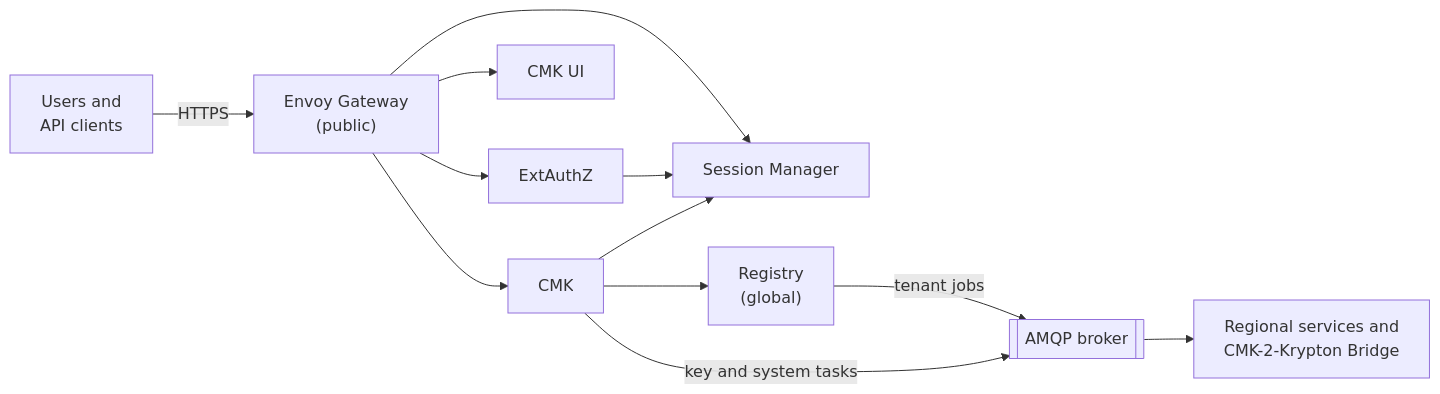
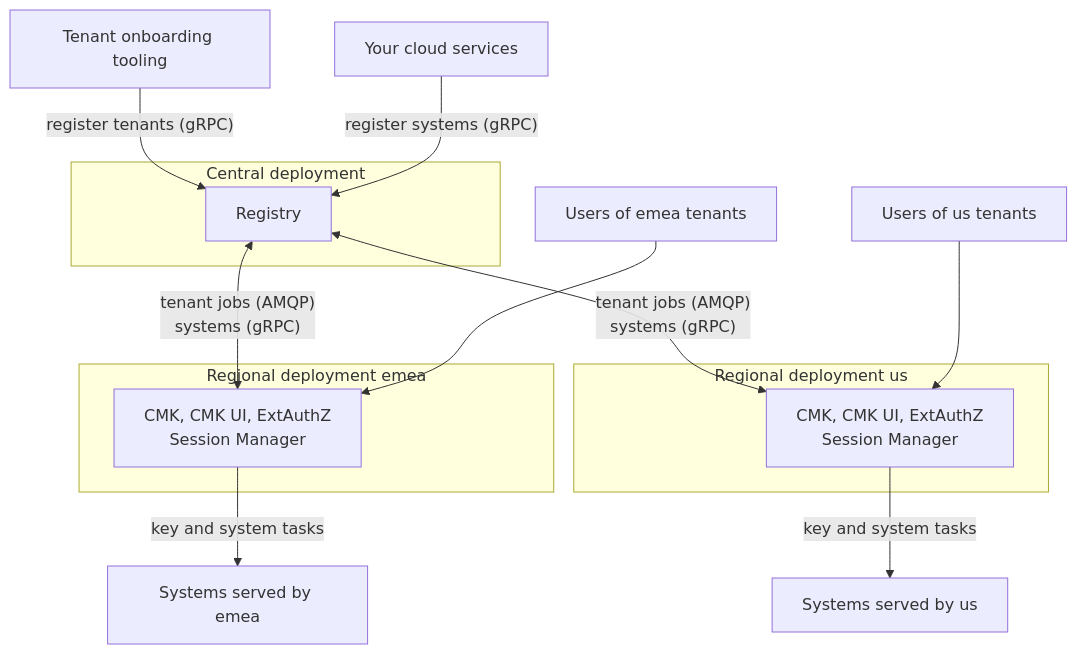
Before and after one commit to openkcm/openkcm.github.io: the diagram in docs/components/cmk/deployment.md, drawn with Mermaid. The commit also changed other lines of this file and 29 other files, not shown here.

````diff
--- a/docs/components/cmk/deployment.md
+++ b/docs/components/cmk/deployment.md
@@ -10,14 +24,20 @@
 ```mermaid
-flowchart LR
-    U["Users and<br/>API clients"] -- "HTTPS" --> GW["Envoy Gateway<br/>(public)"]
-    GW --> X["ExtAuthZ"]
-    GW --> UI["CMK UI"]
-    GW --> SM["Session Manager"]
-    GW --> CMK["CMK"]
-    X --> SM
-    CMK --> SM
-    CMK --> R["Registry<br/>(global)"]
-    R -- "tenant jobs" --> MQ[["AMQP broker"]]
-    CMK -- "key and system tasks" --> MQ
-    MQ --> RS["Regional services and<br/>CMK-2-Krypton Bridge"]
+flowchart TB
+    OT["Tenant onboarding tooling"] -- "register tenants (gRPC)" --> R
+    SVC["Your cloud services"] -- "register systems (gRPC)" --> R
+    subgraph Central["Central deployment"]
+        R["Registry"]
+    end
+    subgraph EU["Regional deployment emea"]
+        E["CMK, CMK UI, ExtAuthZ<br/>Session Manager"]
+    end
+    subgraph US["Regional deployment us"]
+        U["CMK, CMK UI, ExtAuthZ<br/>Session Manager"]
+    end
+    R <-- "tenant jobs (AMQP)<br/>systems (gRPC)" --> E
+    R <-- "tenant jobs (AMQP)<br/>systems (gRPC)" --> U
+    UE["Users of emea tenants"] --> E
+    UU["Users of us tenants"] --> U
+    E -- "key and system tasks" --> SE["Systems served by emea"]
+    U -- "key and system tasks" --> SU["Systems served by us"]
 ```
````
